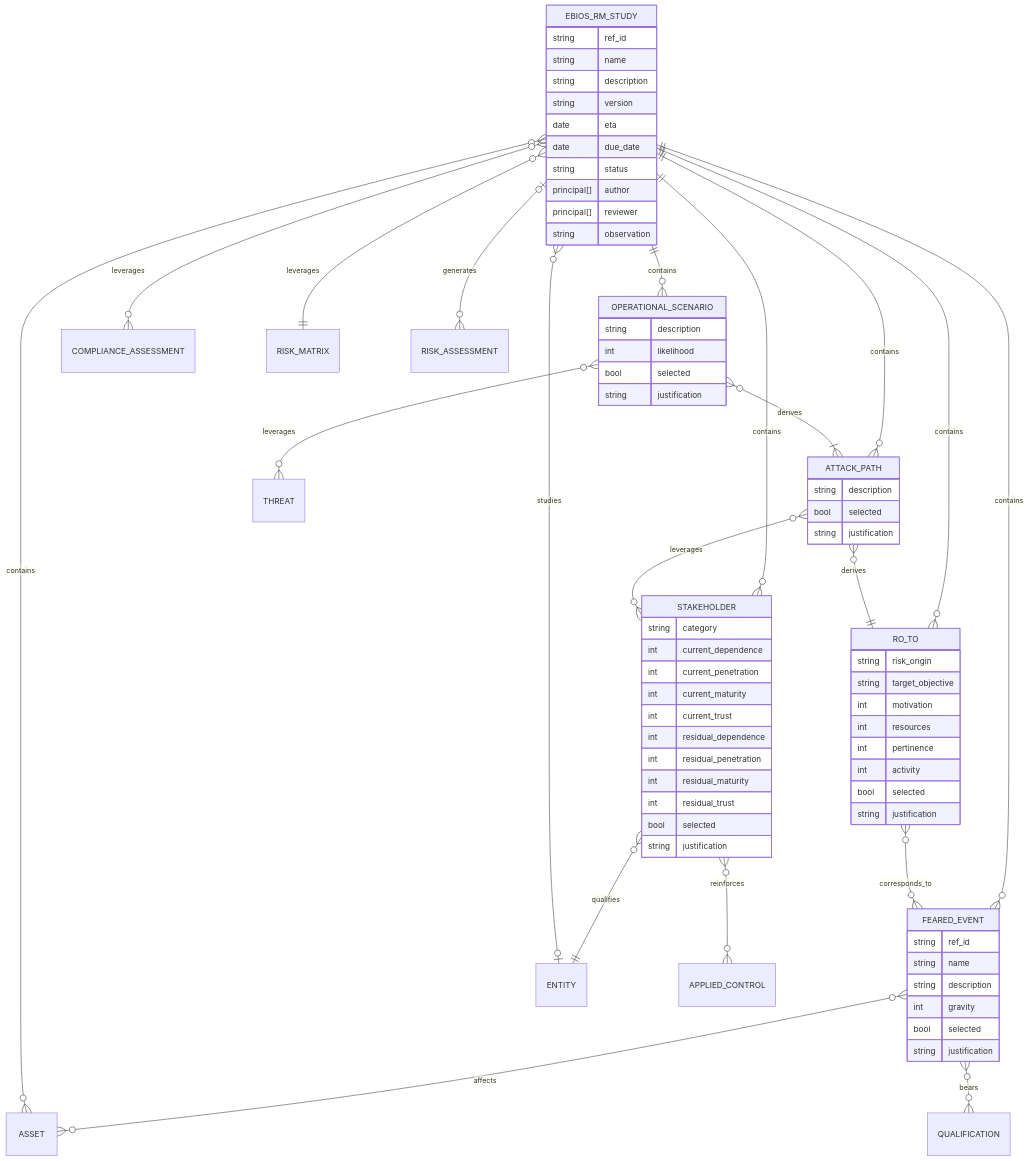
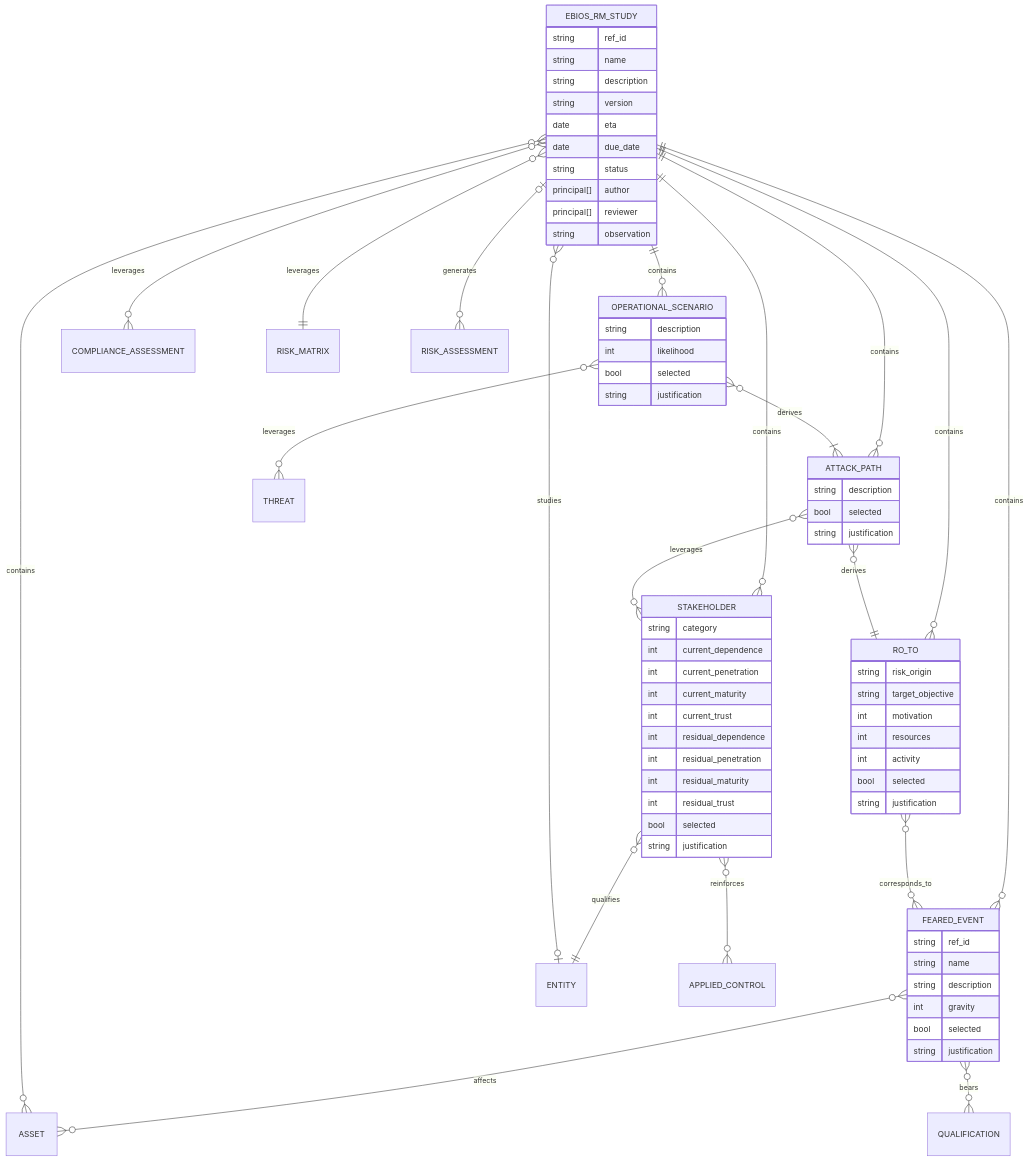
The tenth of 10 diagrams in documentation/architecture/data-model.md (intuitem/ciso-assistant-community), drawn with Mermaid before and after one commit. The commit also changed other lines of this file, not shown here.

```diff
--- a/documentation/architecture/data-model.md
+++ b/documentation/architecture/data-model.md
@@ -1326,7 +1326,6 @@
         string target_objective
         int    motivation
         int    resources
-        int    pertinence
         int    activity
         bool   selected
         string justification
```
